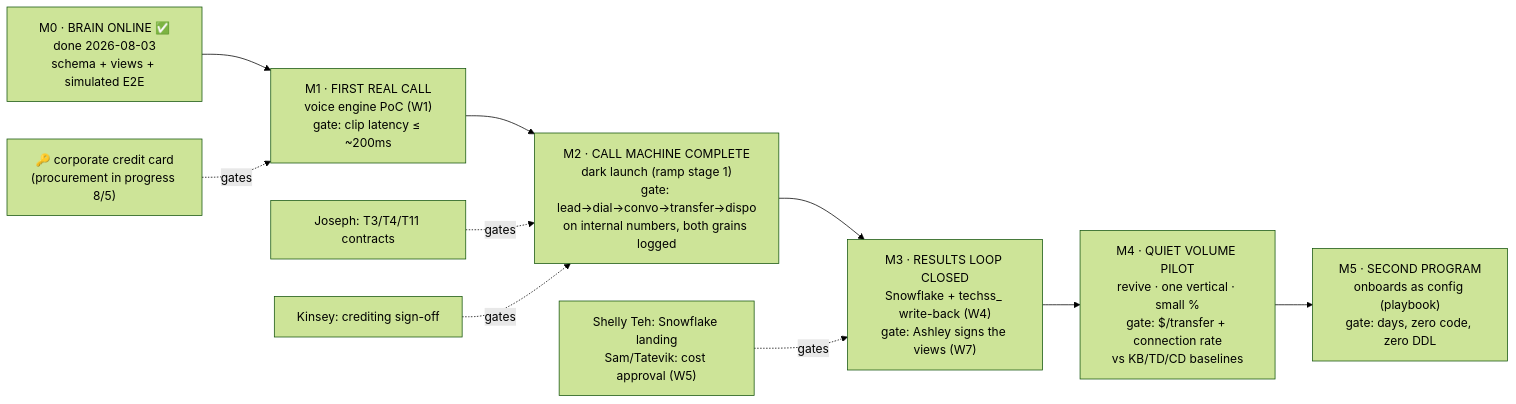
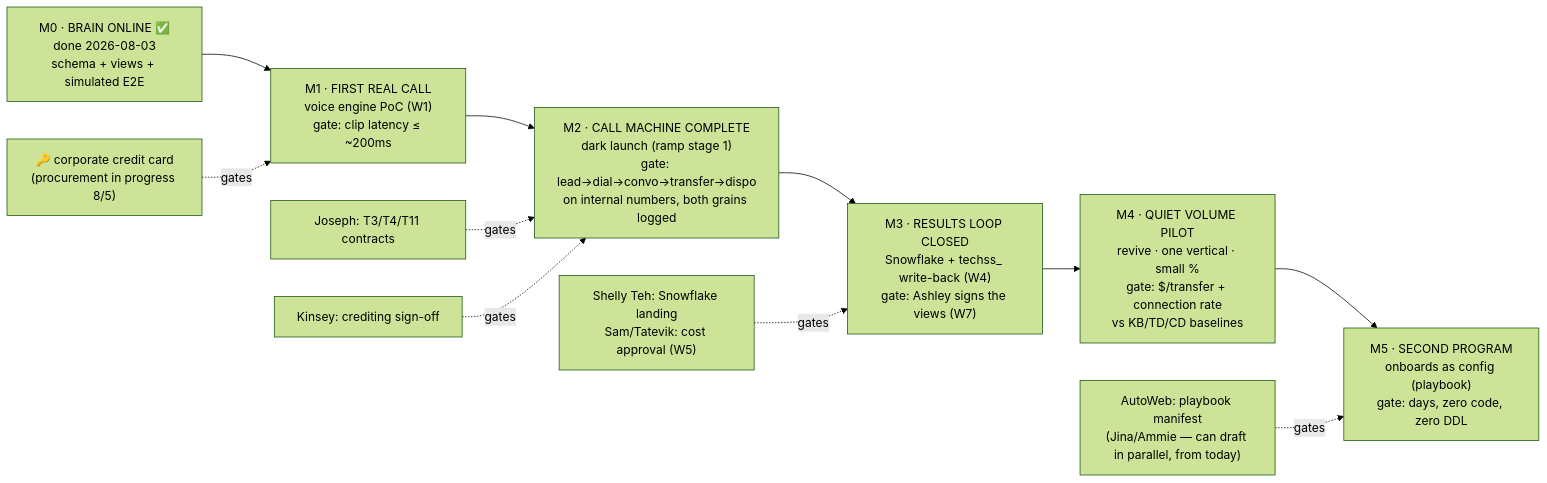
Before and after one commit to piermadsen-blcalls/fivestrata-dialer: the diagram in docs/roadmap.md, drawn with Mermaid (forest theme). The commit also changed other lines of this file and 1 other file, not shown here.

Commit message:
Roadmap v1.1: AutoWeb-onboarding lens (Jina Yoon/Ammie Lin audience) — 3b playbook checklist, M5 = AutoWeb program live, parallel-drafting path

````diff
--- a/docs/roadmap.md
+++ b/docs/roadmap.md
@@ -16,15 +18,16 @@
 ```mermaid
 flowchart LR
   M0["M0 · BRAIN ONLINE ✅<br/>done 2026-08-03<br/>schema + views + simulated E2E"]
   M1["M1 · FIRST REAL CALL<br/>voice engine PoC (W1)<br/>gate: clip latency ≤ ~200ms"]
   M2["M2 · CALL MACHINE COMPLETE<br/>dark launch (ramp stage 1)<br/>gate: lead→dial→convo→transfer→dispo<br/>on internal numbers, both grains logged"]
   M3["M3 · RESULTS LOOP CLOSED<br/>Snowflake + techss_ write-back (W4)<br/>gate: Ashley signs the views (W7)"]
   M4["M4 · QUIET VOLUME PILOT<br/>revive · one vertical · small %<br/>gate: $/transfer + connection rate<br/>vs KB/TD/CD baselines"]
   M5["M5 · SECOND PROGRAM<br/>onboards as config (playbook)<br/>gate: days, zero code, zero DDL"]
 
   M0 --> M1 --> M2 --> M3 --> M4 --> M5
   CARD["🔑 corporate credit card<br/>(procurement in progress 8/5)"] -.gates.-> M1
+  AW["AutoWeb: playbook manifest<br/>(Jina/Ammie — can draft in parallel, from today)"] -.gates.-> M5
   JOS["Joseph: T3/T4/T11 contracts"] -.gates.-> M2
   SNOW["Shelly Teh: Snowflake landing<br/>Sam/Tatevik: cost approval (W5)"] -.gates.-> M3
   KIN["Kinsey: crediting sign-off"] -.gates.-> M2
 ```
````
